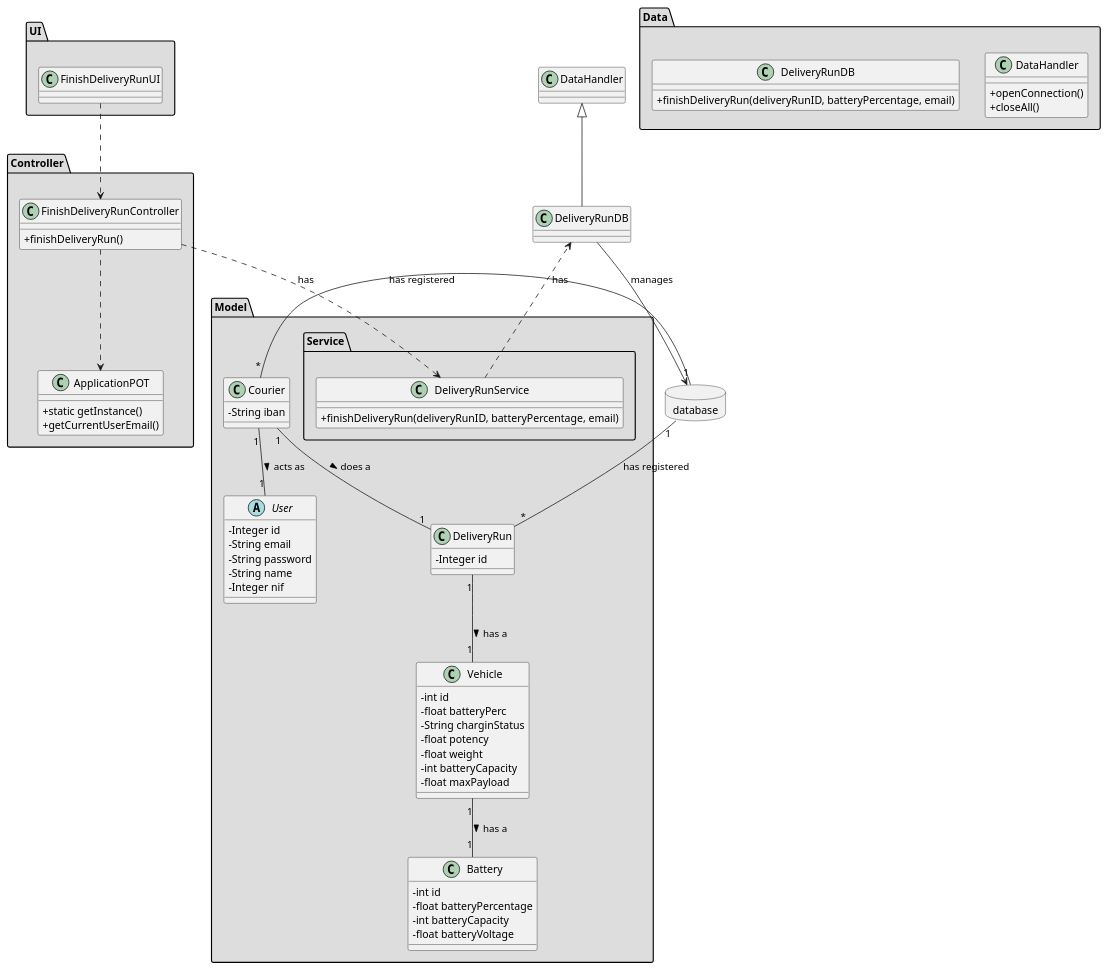
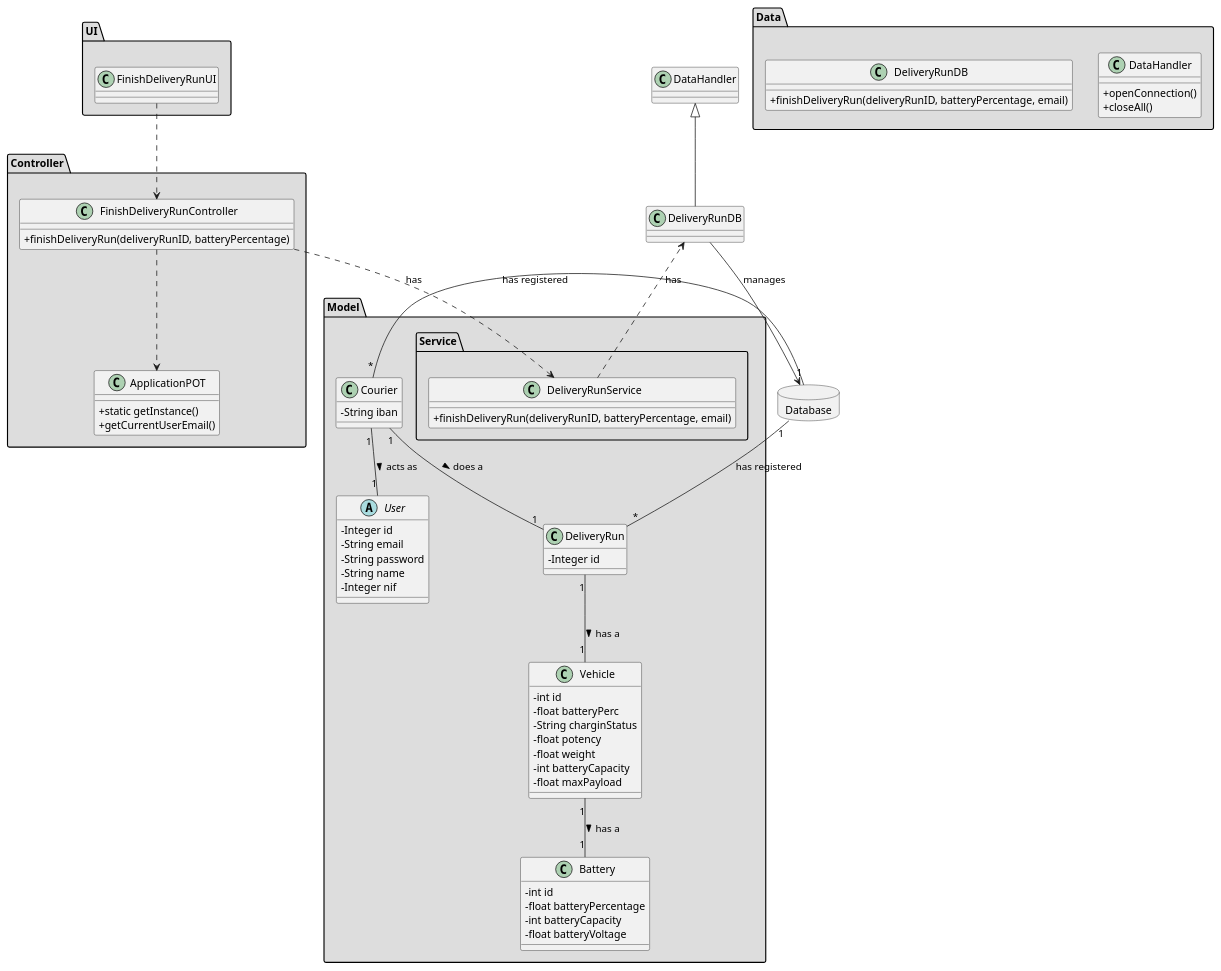
The diagram in docs/Iteration 3/Delivery Management/US303_FinishDeliveryRun/US303_CD.puml (tiagoavcosta25/LAPR3), drawn with PlantUML before and after one commit. The commit also changed 4 other files, not shown here.

Commit message:
LAPR2AP2-303 #close Finish Delivery Run [Design]

```diff
--- a/docs/Iteration 3/Delivery Management/US303_FinishDeliveryRun/US303_CD.puml
+++ b/docs/Iteration 3/Delivery Management/US303_FinishDeliveryRun/US303_CD.puml
@@ -1,104 +1,105 @@
 @startuml
 skinparam classAttributeIconSize 0
 
 package "UI" #DDDDDD{
 class FinishDeliveryRunUI {
 
 }
 }
 package "Controller" #DDDDDD {
 class FinishDeliveryRunController{
-+finishDeliveryRun()
++finishDeliveryRun(deliveryRunID, batteryPercentage)
 }
 
 
 
 class ApplicationPOT
 {
   +static getInstance()
   +getCurrentUserEmail()
 }
 }
 
 
 package "Model" #DDDDDD {
 package "Service" #DDDDDD {
    class DeliveryRunService{
           +finishDeliveryRun(deliveryRunID, batteryPercentage, email)
 
       }
 
 
  }
 }
 
 package "Model" #DDDDDD {
 abstract class User{
 -Integer id
 -String email
 -String password
 -String name
 -Integer nif
 }
 
 class Courier {
       -String iban
 }
 
 
 
 class DeliveryRun{
 -Integer id
 }
 
 class Vehicle{
   -int id
   -float batteryPerc
   -String charginStatus
   -float potency
   -float weight
   -int batteryCapacity
   -float maxPayload
 }
 
 class Battery{
   -int id
   -float batteryPercentage
   -int batteryCapacity
   -float batteryVoltage
 }
 
 
 }
 
 
 package "Data" #DDDDDD {
 class DataHandler{
     +openConnection()
     +closeAll()
 }
 
 class DeliveryRunDB{
  +finishDeliveryRun(deliveryRunID, batteryPercentage, email)
   }
 
 }
-database database{
 
+database Database {
 }
+
 class DeliveryRunDB extends DataHandler
 
 FinishDeliveryRunController ..> ApplicationPOT
 FinishDeliveryRunUI ..> FinishDeliveryRunController
 FinishDeliveryRunController ..> DeliveryRunService : has
 DeliveryRunService ..> DeliveryRunDB : has
-DeliveryRunDB --> database : manages
+DeliveryRunDB --> Database : manages
 
 Courier "1" -- "1" User : acts as >
 Courier "1" -- "1" DeliveryRun : does a >
 Vehicle "1" -- "1" Battery : has a >
 DeliveryRun "1" -- "1" Vehicle :  has a >
-database "1" -- "*" Courier : has registered
-database "1" -- "*" DeliveryRun : has registered
+Database "1" -- "*" Courier : has registered
+Database "1" -- "*" DeliveryRun : has registered
 
 @enduml
```
